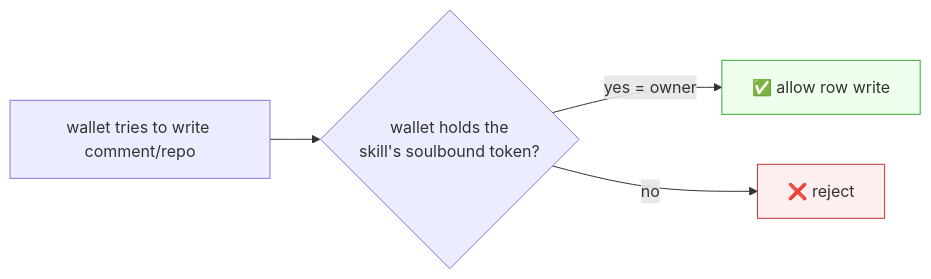
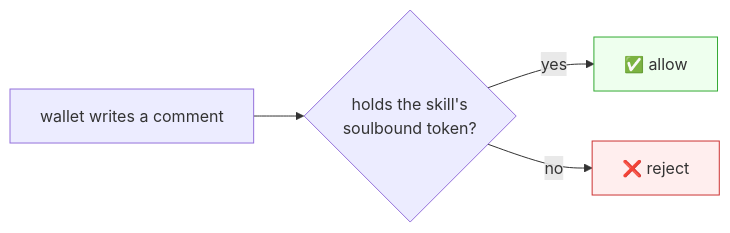
Before and after one commit to IQCoreTeam/AgentNet: the third of 3 diagrams in plans/reputation-wrapper.md, drawn with Mermaid. The commit also changed other lines of this file and 11 other files, not shown here.

````diff
--- a/plans/reputation-wrapper.md
+++ b/plans/reputation-wrapper.md
@@ -73,8 +74,8 @@
 ```mermaid
 flowchart LR
-    W["wallet tries to write comment/repo"] --> Q{"wallet holds the<br/>skill's soulbound token?"}
-    Q -->|yes = owner| Y["✅ allow row write"]
+    W["wallet writes a comment"] --> Q{"holds the skill's<br/>soulbound token?"}
+    Q -->|yes| Y["✅ allow"]
     Q -->|no| N["❌ reject"]
     style Y fill:#efe,stroke:#3a3
     style N fill:#fee,stroke:#c33
 ```
````
